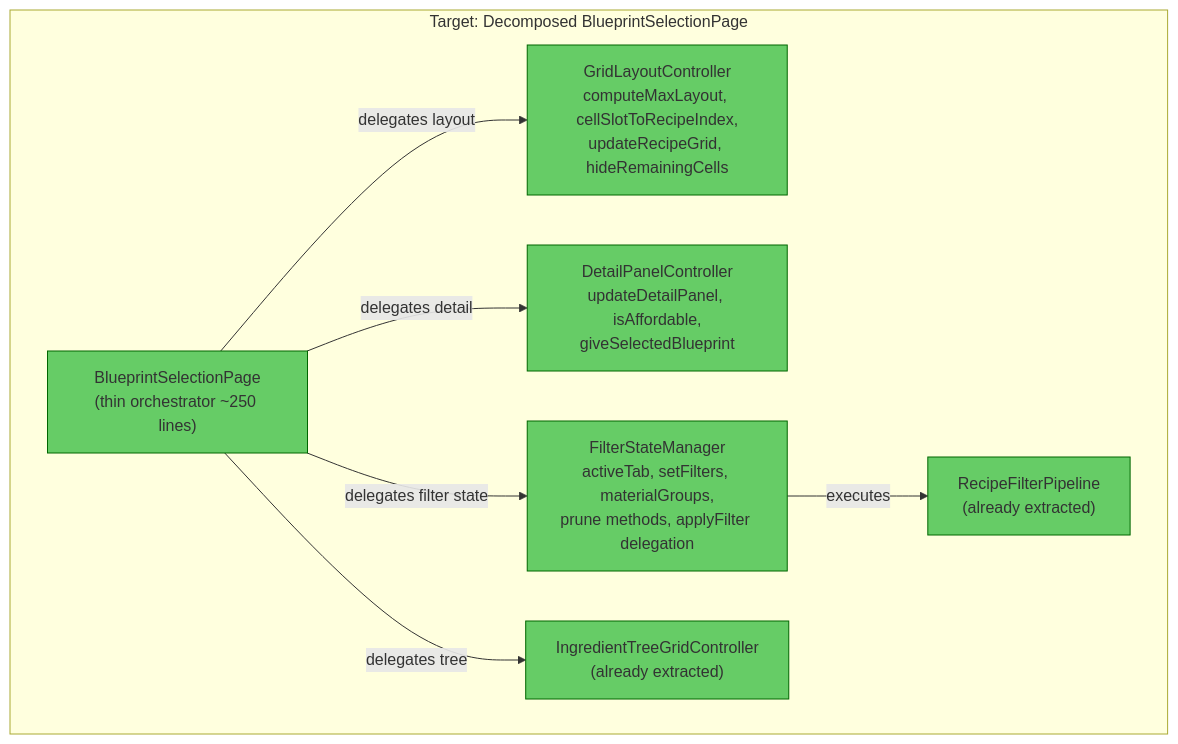
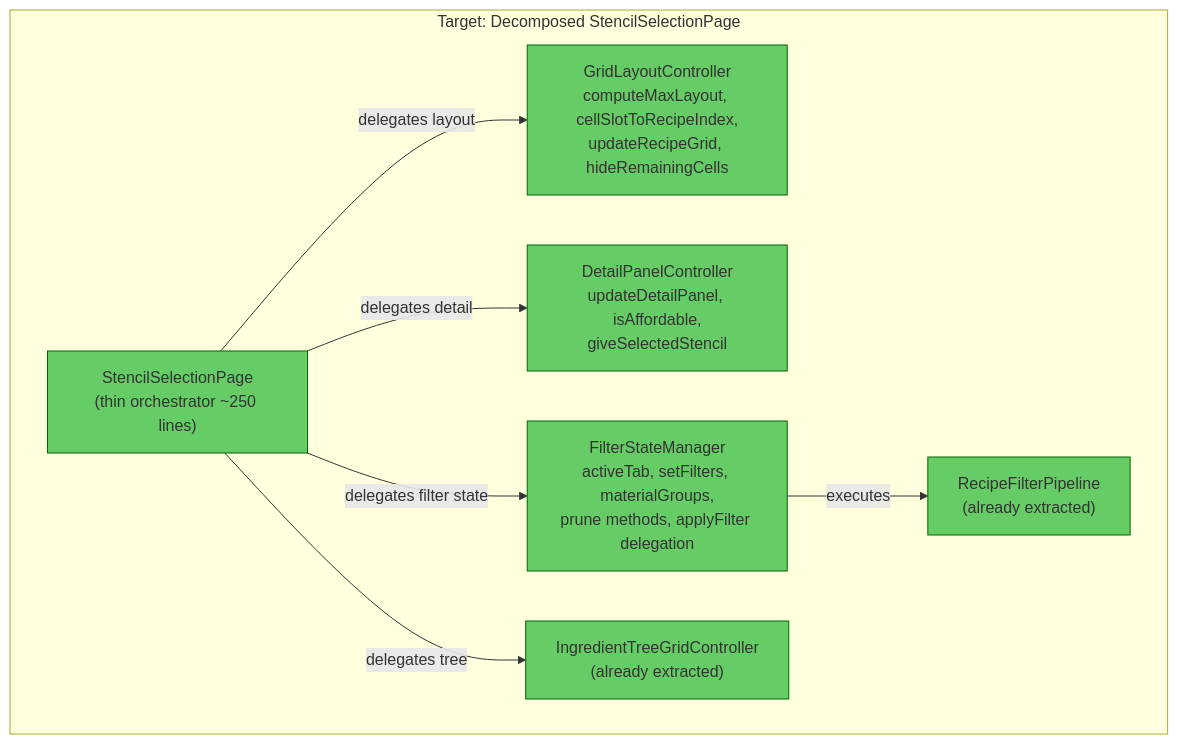
One commit to TheCodeCreature/Hytale-Example-Plugin changed the third of 3 diagrams in docs/review-refactor-blast-radius.md. Above: the diagram before and after it, drawn with Mermaid. The commit also changed other lines of this file and 289 other files, not shown here.

````diff
--- a/docs/review-refactor-blast-radius.md
+++ b/docs/review-refactor-blast-radius.md
@@ -239,19 +239,19 @@
 ```mermaid
 graph TB
-    subgraph "Target: Decomposed BlueprintSelectionPage"
-        BSP2["BlueprintSelectionPage<br/>(thin orchestrator ~250 lines)"]:::green
+    subgraph "Target: Decomposed StencilSelectionPage"
+        BSP2["StencilSelectionPage<br/>(thin orchestrator ~250 lines)"]:::green
         GLC["GridLayoutController<br/>computeMaxLayout, cellSlotToRecipeIndex,<br/>updateRecipeGrid, hideRemainingCells"]:::green
-        DPC["DetailPanelController<br/>updateDetailPanel, isAffordable,<br/>giveSelectedBlueprint"]:::green
+        DPC["DetailPanelController<br/>updateDetailPanel, isAffordable,<br/>giveSelectedStencil"]:::green
         FSM["FilterStateManager<br/>activeTab, setFilters, materialGroups,<br/>prune methods, applyFilter delegation"]:::green
         ITC["IngredientTreeGridController<br/>(already extracted)"]:::green
         RFP["RecipeFilterPipeline<br/>(already extracted)"]:::green
     end
 
     BSP2 -->|"delegates layout"| GLC
     BSP2 -->|"delegates detail"| DPC
     BSP2 -->|"delegates filter state"| FSM
     BSP2 -->|"delegates tree"| ITC
     FSM -->|"executes"| RFP
 
     classDef green fill:#6c6,stroke:#060
 ```
````
